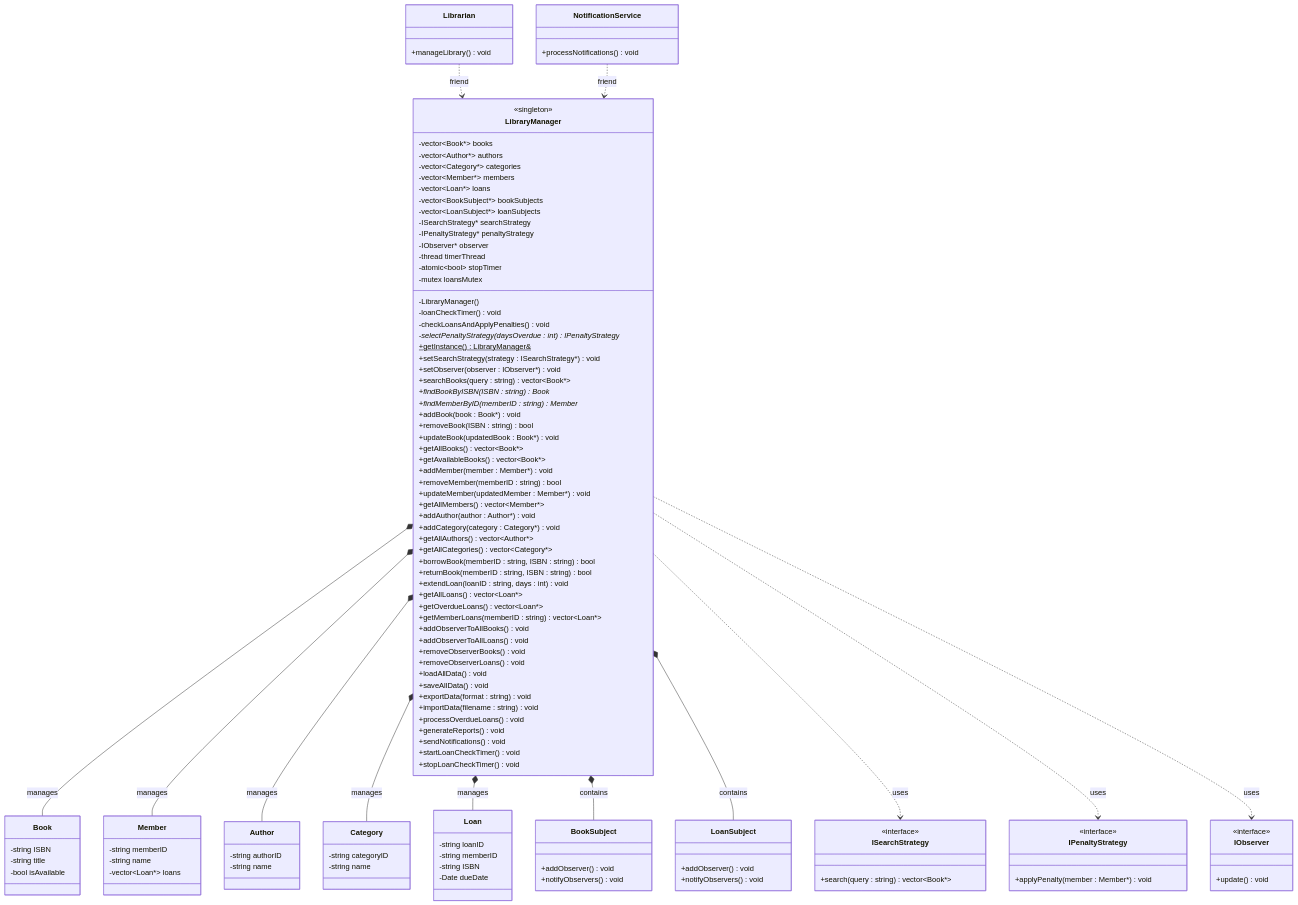
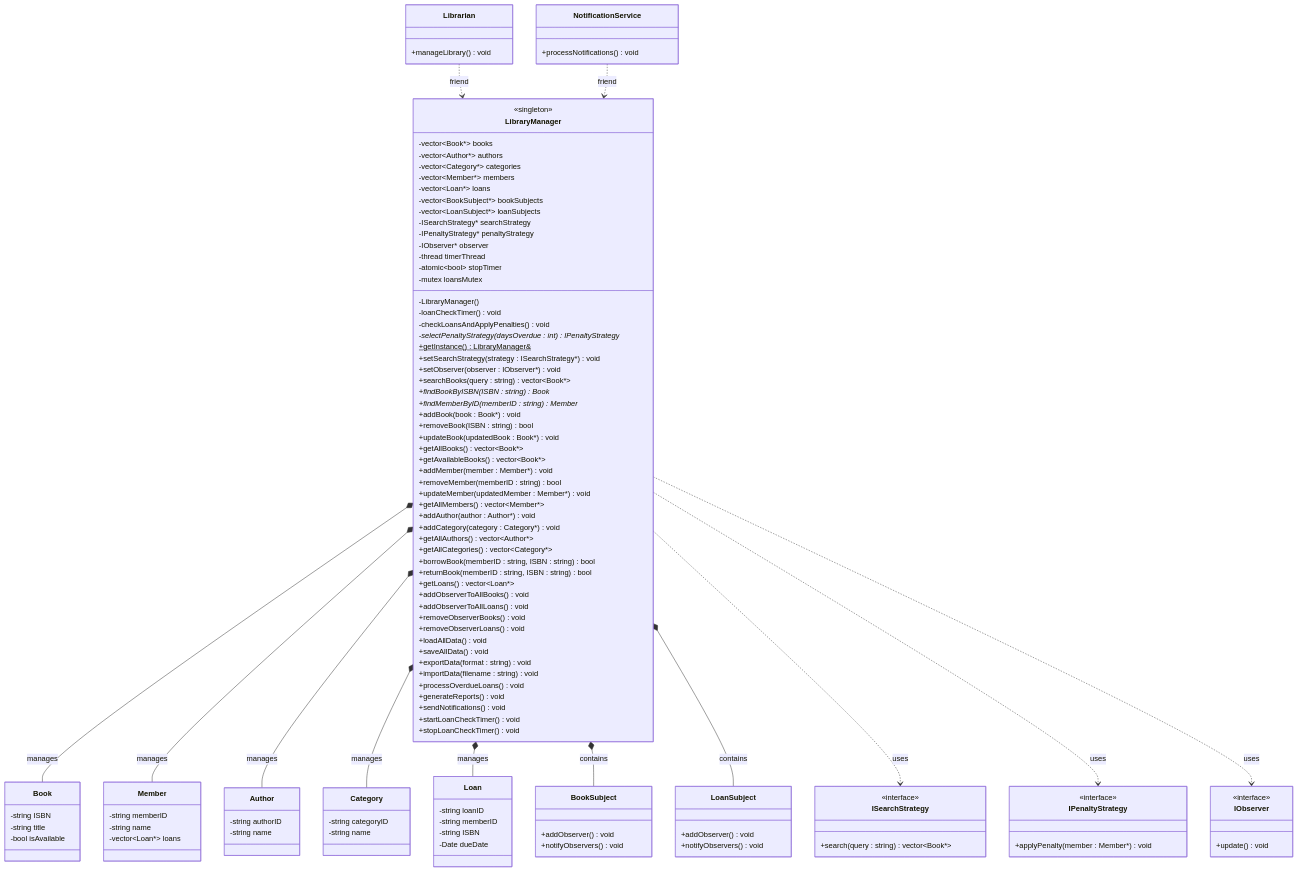
The sixth of 26 diagrams in docs/report.md (DankDaPancake/LibraryManagementSystem), drawn with Mermaid before and after one commit. The commit also changed other lines of this file, not shown here.

```diff
--- a/docs/report.md
+++ b/docs/report.md
@@ -798,10 +827,7 @@
         +getAllCategories() vector~Category*~
         +borrowBook(memberID : string, ISBN : string) bool
         +returnBook(memberID : string, ISBN : string) bool
-        +extendLoan(loanID : string, days : int) void
-        +getAllLoans() vector~Loan*~
-        +getOverdueLoans() vector~Loan*~
-        +getMemberLoans(memberID : string) vector~Loan*~
+        +getLoans() vector~Loan*~
         +addObserverToAllBooks() void
         +addObserverToAllLoans() void
         +removeObserverBooks() void
```
